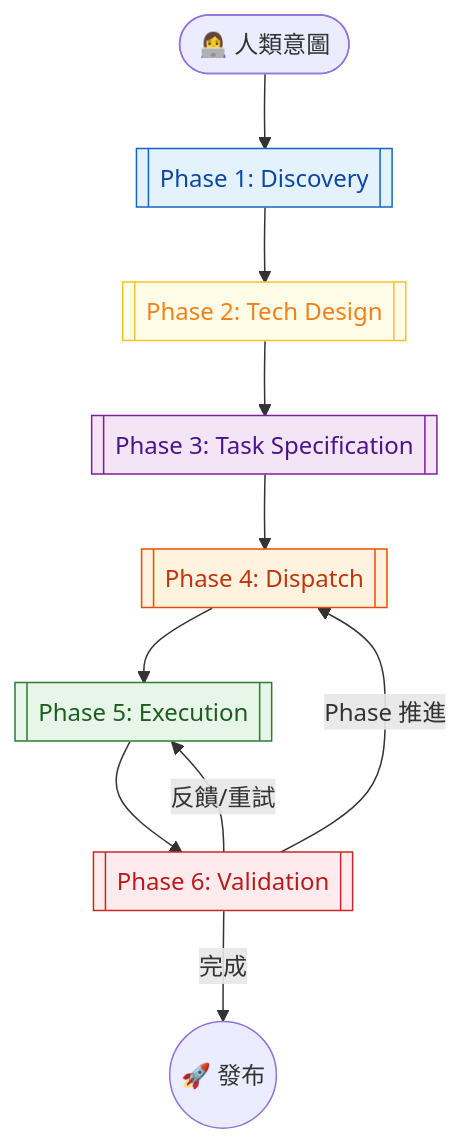
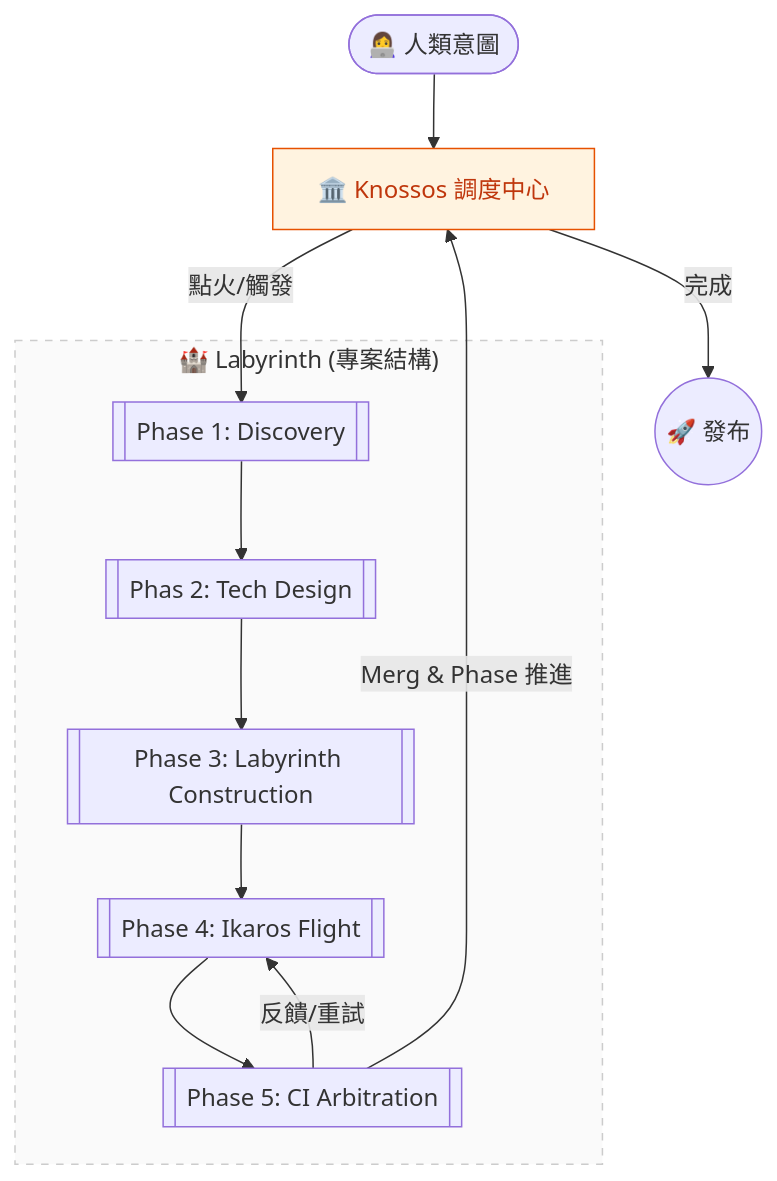
The first of 3 diagrams in docs/FACTORY_WORKFLOW.qmd (tibame201020/Daedal), drawn with Mermaid before and after one commit. The commit also changed other lines of this file and 6 other files, not shown here.

````diff
--- a/docs/FACTORY_WORKFLOW.qmd
+++ b/docs/FACTORY_WORKFLOW.qmd
@@ -18,19 +18,23 @@
 ```{mermaid}
 graph TD
-    User([👩‍💻 人類意圖]) --> P1[[Phase 1: Discovery]]
-    P1 --> P2[[Phase 2: Tech Design]]
-    P2 --> P3[[Phase 3: Task Specification]]
-    P3 --> P4[[Phase 4: Dispatch]]
-    P4 --> P5[[Phase 5: Execution]]
-    P5 --> P6[[Phase 6: Validation]]
-    P6 -- "反饋/重試" --> P5
-    P6 -- "Phase 推進" --> P4
-    P6 -- "完成" --> Done((🚀 發布))
+    User([👩‍💻 人類意圖]) --> Knossos[🏛️ Knossos 調度中心]
+    Knossos -- "點火/觸發" --> P1[[Phase 1: Discovery]]
+    P1 --> P2[[Phas 2: Tech Design]]
+    P2 --> P3[[Phase 3: Labyrinth Construction]]
+    P3 --> P4[[Phase 4: Ikaros Flight]]
+    P4 --> P5[[Phase 5: CI Arbitration]]
+    P5 -- "反饋/重試" --> P4
+    P5 -- "Merg & Phase 推進" --> Knossos
+    Knossos -- "完成" --> Done((🚀 發布))
 
-    style P1 fill:#e3f2fd,stroke:#1565c0,color:#0d47a1
-    style P2 fill:#fffde7,stroke:#fbc02d,color:#f57f17
-    style P3 fill:#f3e5f5,stroke:#7b1fa2,color:#4a148c
-    style P4 fill:#fff3e0,stroke:#e65100,color:#bf360c
-    style P5 fill:#e8f5e9,stroke:#2e7d32,color:#1b5e20
-    style P6 fill:#ffebee,stroke:#c62828,color:#b71c1c
+    subgraph Labyrinth["🏰 Labyrinth (專案結構)"]
+        P1
+        P2
+        P3
+        P4
+        P5
+    end
+
+    style Knossos fill:#fff3e0,stroke:#e65100,color:#bf360c
+    style Labyrinth fill:#fafafa,stroke:#ccc,stroke-dasharray: 5 5
 ```
````
